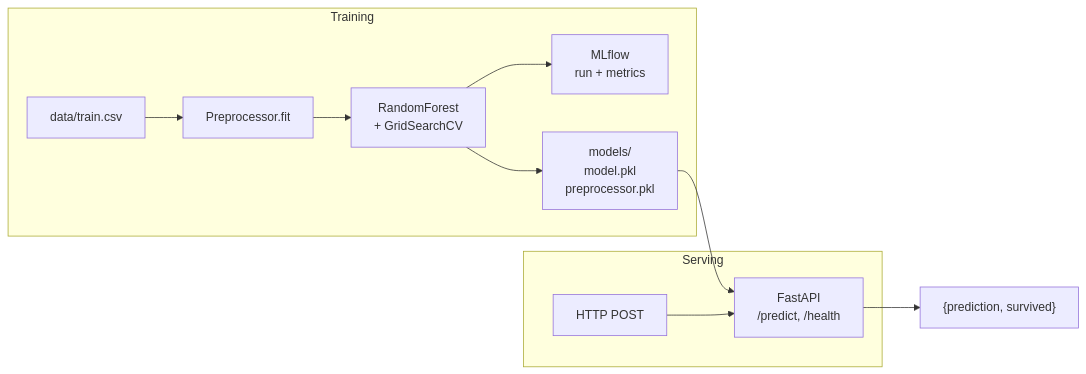
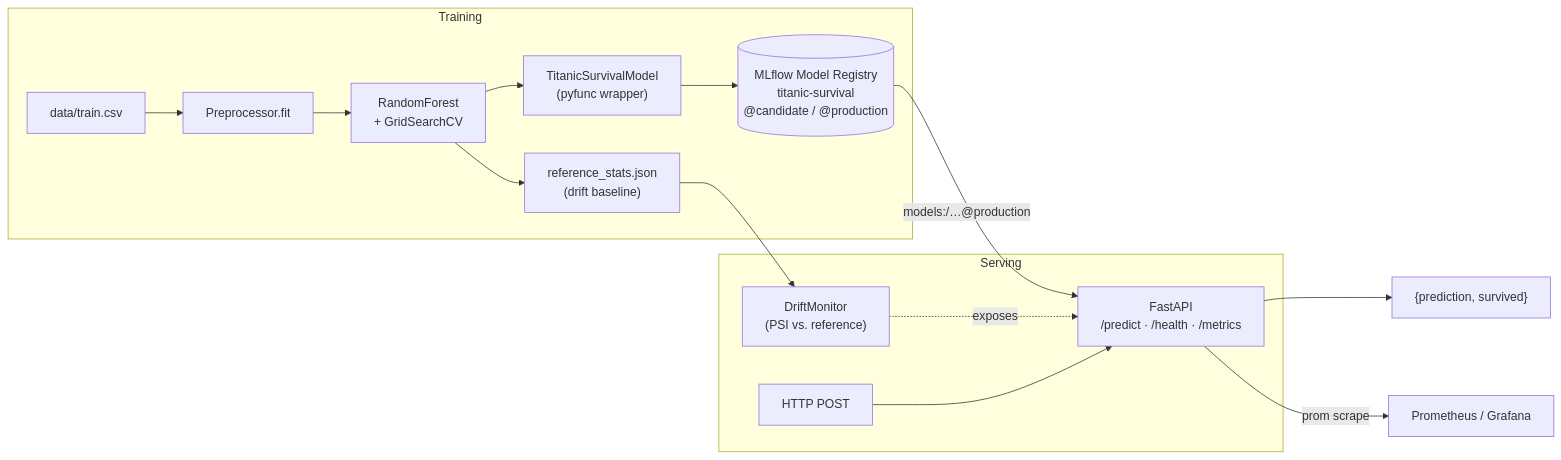
Before and after one commit to rRexhepi/end-to-end-ml-pipeline: the diagram in README.md, drawn with Mermaid. The commit also changed other lines of this file and 8 other files, not shown here.

First line of the commit message:
MLflow Registry + pyfunc serving + PSI drift on /metrics

````diff
--- a/README.md
+++ b/README.md
@@ -14,14 +14,18 @@
 ```mermaid
 flowchart LR
     subgraph train[Training]
         CSV["data/train.csv"] --> PP["Preprocessor.fit"]
         PP --> MODEL["RandomForest<br/>+ GridSearchCV"]
-        MODEL --> MLFLOW["MLflow<br/>run + metrics"]
-        MODEL --> ARTIFACTS["models/<br/>model.pkl<br/>preprocessor.pkl"]
+        MODEL --> PYFUNC["TitanicSurvivalModel<br/>(pyfunc wrapper)"]
+        PYFUNC --> REGISTRY[("MLflow Model Registry<br/>titanic-survival<br/>@candidate / @production")]
+        MODEL --> REF["reference_stats.json<br/>(drift baseline)"]
     end
     subgraph serve[Serving]
-        ARTIFACTS --> API["FastAPI<br/>/predict, /health"]
+        REGISTRY -- "models:/…@production" --> API["FastAPI<br/>/predict · /health · /metrics"]
+        REF --> MON["DriftMonitor<br/>(PSI vs. reference)"]
+        MON -. exposes .-> API
         CLIENT["HTTP POST"] --> API
     end
     API --> RESP["{prediction, survived}"]
+    API -- "prom scrape" --> GRAF["Prometheus / Grafana"]
 ```
````
